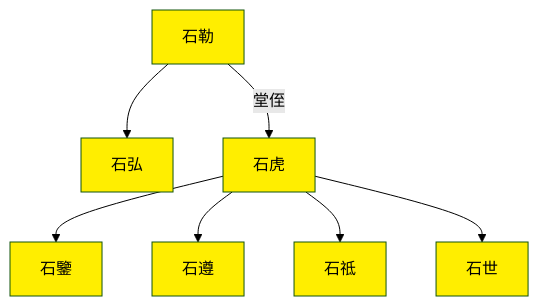
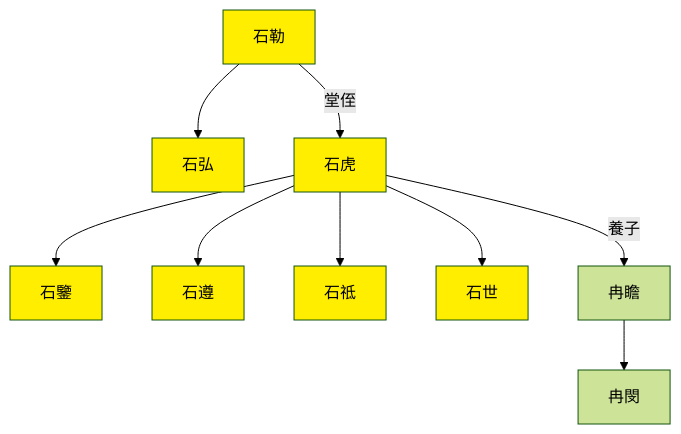
One commit to gamefang/zizhitongjian changed the diagram in 2_世系圖表/2.2_并立政權/晉/十六國/後趙世系圖表.md. Above: the diagram before and after it, drawn with Mermaid (forest theme). The commit also changed 20 other files, not shown here.

````diff
--- a/2_世系圖表/2.2_并立政權/晉/十六國/後趙世系圖表.md
+++ b/2_世系圖表/2.2_并立政權/晉/十六國/後趙世系圖表.md
@@ -14,14 +14,17 @@
 ```mermaid
 graph TB
 
 石勒-->石弘
 石勒--堂侄-->石虎
 
 石虎-->石鑒
 石虎-->石遵
 石虎-->石祗
 石虎-->石世
 
+石虎--養子-->冉瞻
+冉瞻-->冉閔
+
 classDef king fill:#ffee00
 class 石勒,石弘,石虎,石鑒,石遵,石祗,石世 king
 ```
````
